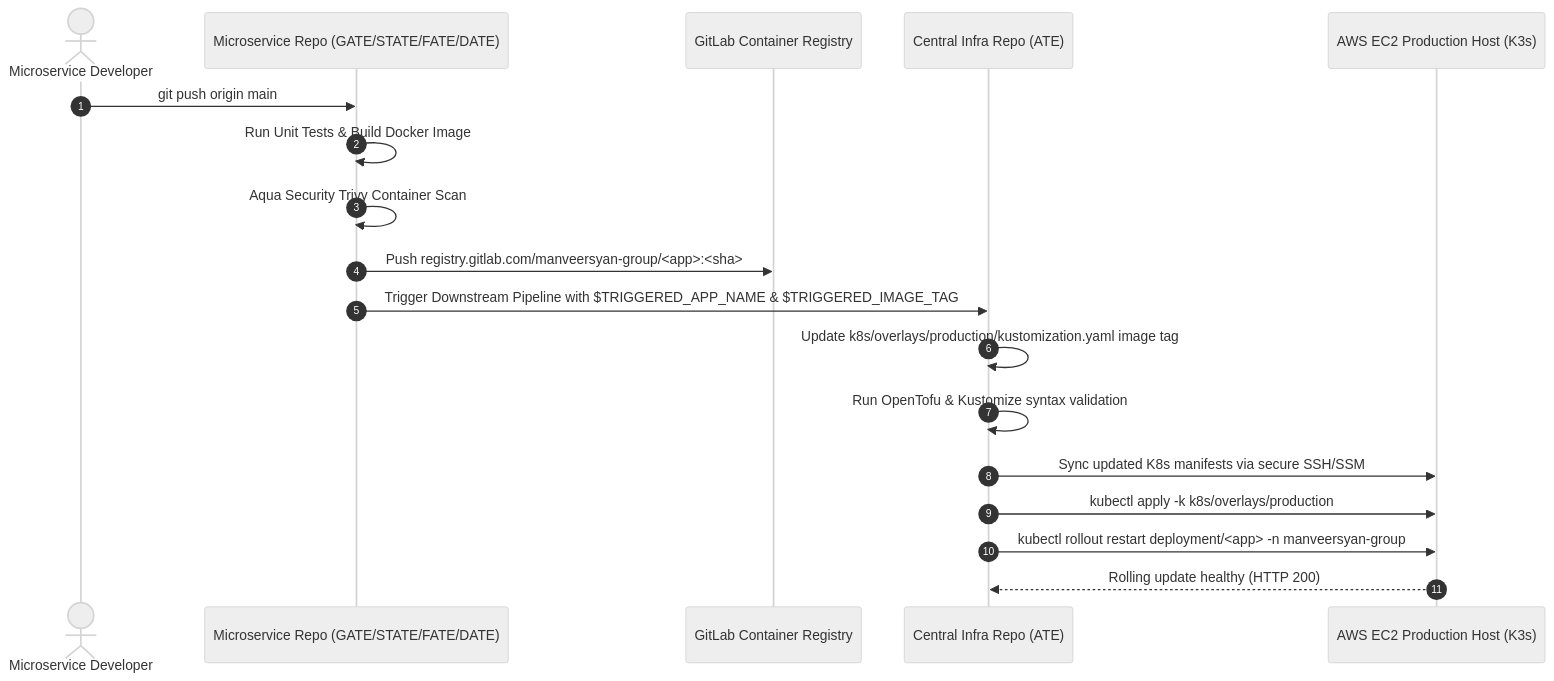
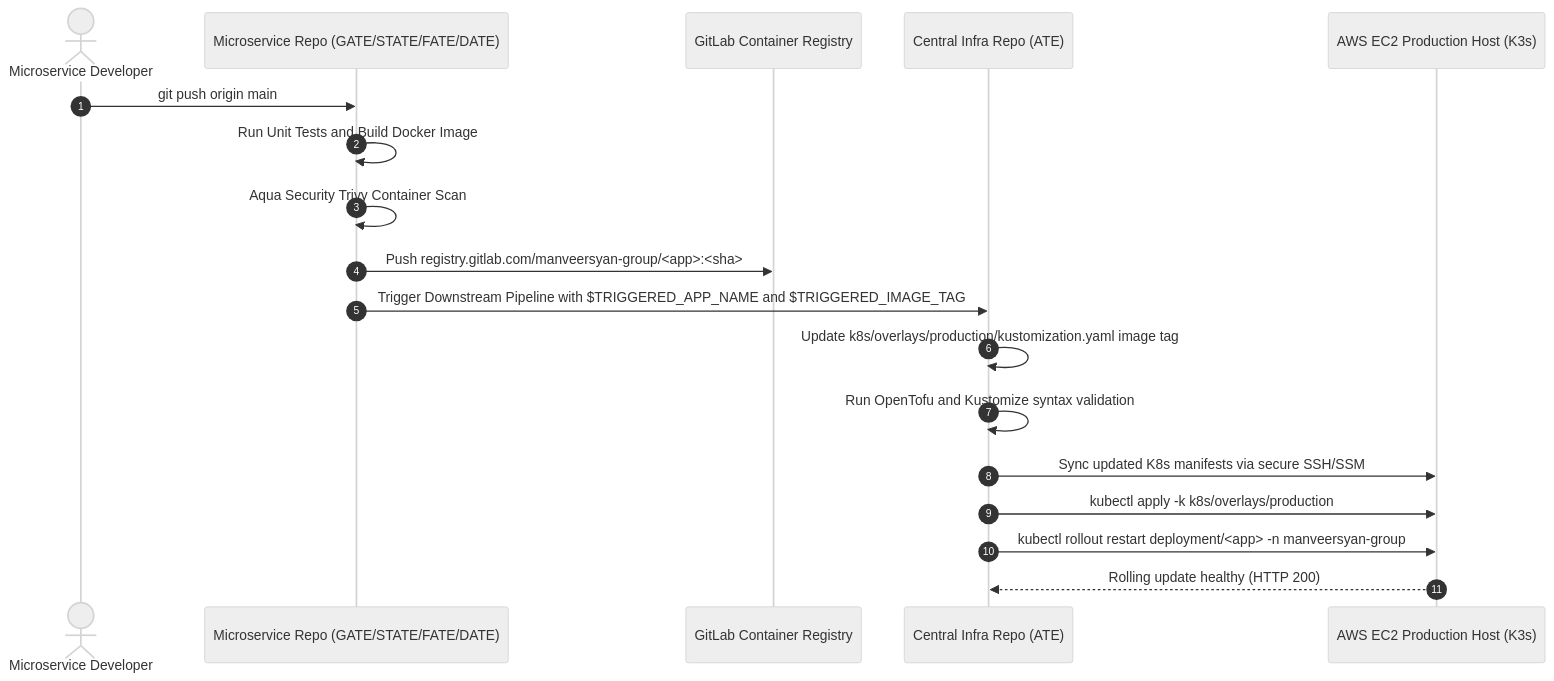
One commit to manveer-syan/k3s-opentofu-production-boilerplate changed the second of 2 diagrams in README.md. Above: the diagram before and after it, drawn with Mermaid (neutral theme). The commit also changed other lines of this file, not shown here.

Commit message:
docs: streamline architecture diagram and eliminate entity limits for GitLab rendering

````diff
--- a/README.md
+++ b/README.md
@@ -264,21 +262,21 @@
 ```mermaid
 sequenceDiagram
     autonumber
     actor Dev as Microservice Developer
     participant AppRepo as Microservice Repo (GATE/STATE/FATE/DATE)
     participant Reg as GitLab Container Registry
     participant AteRepo as Central Infra Repo (ATE)
     participant EC2 as AWS EC2 Production Host (K3s)
 
     Dev->>AppRepo: git push origin main
-    AppRepo->>AppRepo: Run Unit Tests & Build Docker Image
+    AppRepo->>AppRepo: Run Unit Tests and Build Docker Image
     AppRepo->>AppRepo: Aqua Security Trivy Container Scan
     AppRepo->>Reg: Push registry.gitlab.com/manveersyan-group/<app>:<sha>
-    AppRepo->>AteRepo: Trigger Downstream Pipeline with $TRIGGERED_APP_NAME & $TRIGGERED_IMAGE_TAG
+    AppRepo->>AteRepo: Trigger Downstream Pipeline with $TRIGGERED_APP_NAME and $TRIGGERED_IMAGE_TAG
     AteRepo->>AteRepo: Update k8s/overlays/production/kustomization.yaml image tag
-    AteRepo->>AteRepo: Run OpenTofu & Kustomize syntax validation
+    AteRepo->>AteRepo: Run OpenTofu and Kustomize syntax validation
     AteRepo->>EC2: Sync updated K8s manifests via secure SSH/SSM
     AteRepo->>EC2: kubectl apply -k k8s/overlays/production
     AteRepo->>EC2: kubectl rollout restart deployment/<app> -n manveersyan-group
     EC2-->>AteRepo: Rolling update healthy (HTTP 200)
 ```
````
